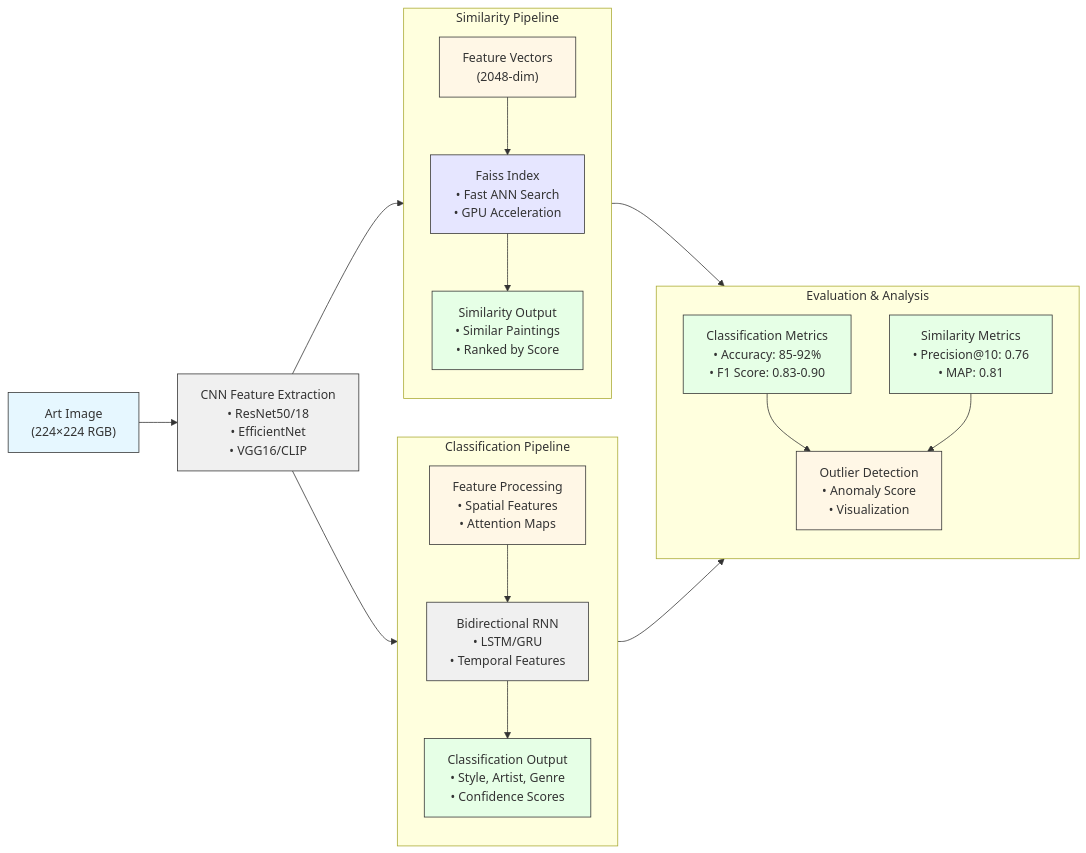
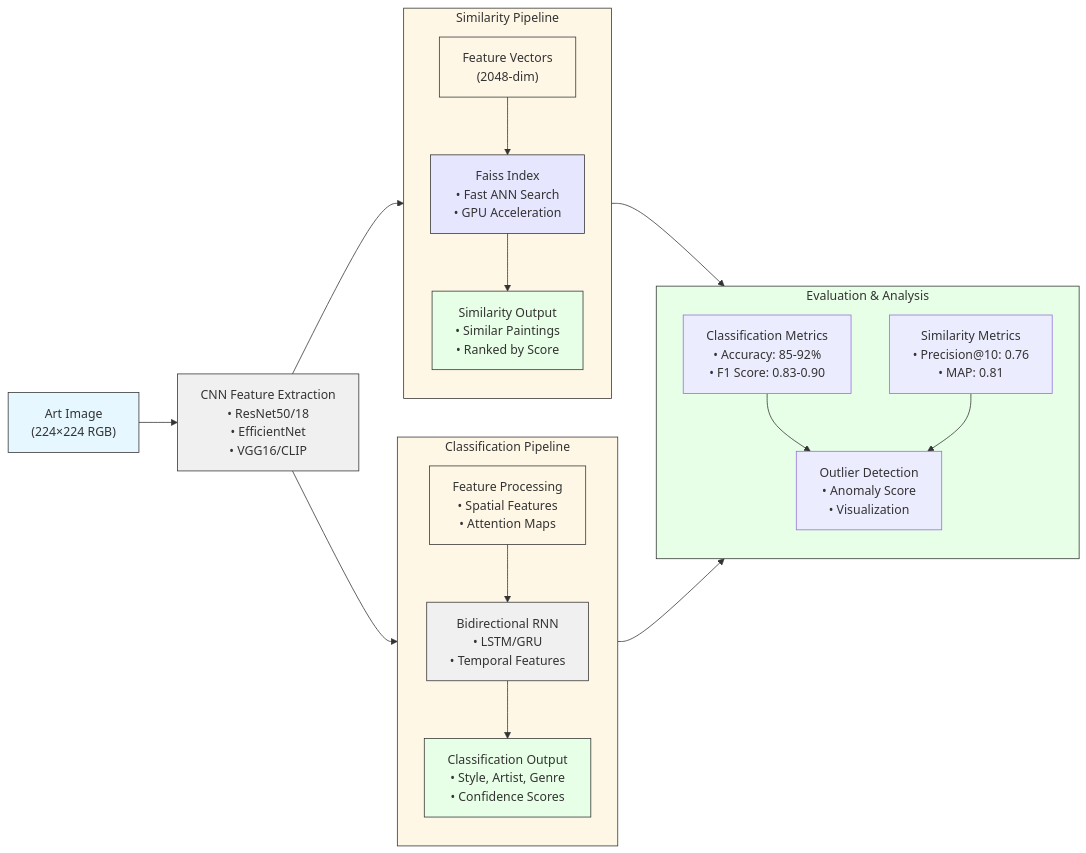
The second of 2 diagrams in README.md (Jonathan-321/ArtExtract), drawn with Mermaid before and after one commit. The commit also changed other lines of this file, not shown here.

````diff
--- a/README.md
+++ b/README.md
@@ -90,41 +94,50 @@
 ```mermaid
 flowchart LR
-    classDef input fill:#e6f7ff,stroke:#333,stroke-width:1px
-    classDef process fill:#fff7e6,stroke:#333,stroke-width:1px
-    classDef model fill:#f0f0f0,stroke:#333,stroke-width:1px
-    classDef output fill:#e6ffe6,stroke:#333,stroke-width:1px
-    classDef database fill:#e6e6ff,stroke:#333,stroke-width:1px
-
-    Input["Art Image<br>(224×224 RGB)"]:::input --> CNN["CNN Feature Extraction<br>• ResNet50/18<br>• EfficientNet<br>• VGG16/CLIP"]:::model
+    Input["Art Image<br>(224×224 RGB)"] --> CNN["CNN Feature Extraction<br>• ResNet50/18<br>• EfficientNet<br>• VGG16/CLIP"]
     
     subgraph ClassFlow["Classification Pipeline"]
         direction TB
-        FeatProc["Feature Processing<br>• Spatial Features<br>• Attention Maps"]:::process
-        BiRNN["Bidirectional RNN<br>• LSTM/GRU<br>• Temporal Features"]:::model
-        ClassOut["Classification Output<br>• Style, Artist, Genre<br>• Confidence Scores"]:::output
+        FeatProc["Feature Processing<br>• Spatial Features<br>• Attention Maps"]
+        BiRNN["Bidirectional RNN<br>• LSTM/GRU<br>• Temporal Features"]
+        ClassOut["Classification Output<br>• Style, Artist, Genre<br>• Confidence Scores"]
         
         FeatProc --> BiRNN --> ClassOut
     end
     
     subgraph SimFlow["Similarity Pipeline"]
         direction TB
-        FeatVec["Feature Vectors<br>(2048-dim)"]:::process
-        IndexDB["Faiss Index<br>• Fast ANN Search<br>• GPU Acceleration"]:::database
-        SimOut["Similarity Output<br>• Similar Paintings<br>• Ranked by Score"]:::output
+        FeatVec["Feature Vectors<br>(2048-dim)"]
+        IndexDB["Faiss Index<br>• Fast ANN Search<br>• GPU Acceleration"]
+        SimOut["Similarity Output<br>• Similar Paintings<br>• Ranked by Score"]
         
         FeatVec --> IndexDB --> SimOut
     end
     
-    CNN --> ClassFlow & SimFlow
+    CNN --> ClassFlow
+    CNN --> SimFlow
     
     subgraph Evaluation["Evaluation & Analysis"]
         direction TB
-        ClassMetrics["Classification Metrics<br>• Accuracy: 85-92%<br>• F1 Score: 0.83-0.90"]:::output
-        SimMetrics["Similarity Metrics<br>• Precision@10: 0.76<br>• MAP: 0.81"]:::output
-        Outliers["Outlier Detection<br>• Anomaly Score<br>• Visualization"]:::process
+        ClassMetrics["Classification Metrics<br>• Accuracy: 85-92%<br>• F1 Score: 0.83-0.90"]
+        SimMetrics["Similarity Metrics<br>• Precision@10: 0.76<br>• MAP: 0.81"]
+        Outliers["Outlier Detection<br>• Anomaly Score<br>• Visualization"]
     end
     
     ClassOut --> ClassMetrics
     SimOut --> SimMetrics
-    ClassMetrics & SimMetrics --> Outliers
+    ClassMetrics --> Outliers
+    SimMetrics --> Outliers
+    
+    %% Visual styling
+    style Input fill:#e6f7ff,stroke:#333,stroke-width:1px
+    style CNN fill:#f0f0f0,stroke:#333,stroke-width:1px
+    style ClassFlow fill:#fff7e6,stroke:#333,stroke-width:1px
+    style SimFlow fill:#fff7e6,stroke:#333,stroke-width:1px
+    style Evaluation fill:#e6ffe6,stroke:#333,stroke-width:1px
+    style FeatProc fill:#fff7e6,stroke:#333,stroke-width:1px
+    style BiRNN fill:#f0f0f0,stroke:#333,stroke-width:1px
+    style ClassOut fill:#e6ffe6,stroke:#333,stroke-width:1px
+    style FeatVec fill:#fff7e6,stroke:#333,stroke-width:1px
+    style IndexDB fill:#e6e6ff,stroke:#333,stroke-width:1px
+    style SimOut fill:#e6ffe6,stroke:#333,stroke-width:1px
 ```
````
